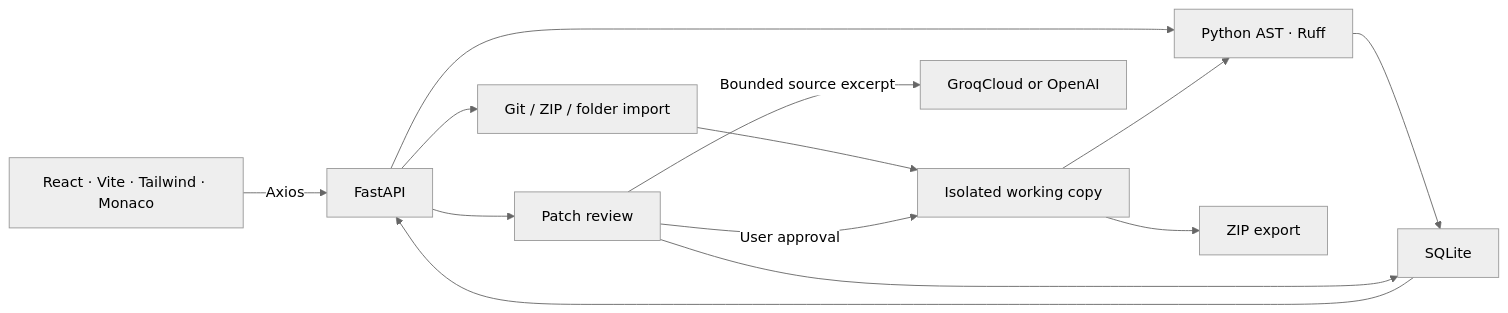
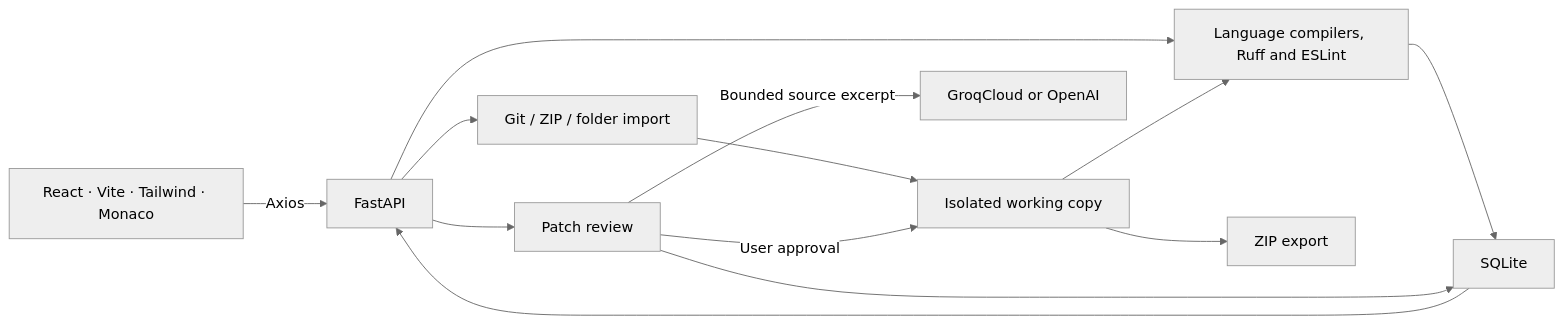
The first of 2 diagrams in README.md (kunal044/ai-software-agent), drawn with Mermaid (neutral theme) before and after one commit. The commit also changed other lines of this file and 19 other files, not shown here.

```diff
--- a/README.md
+++ b/README.md
@@ -19,15 +19,15 @@
 ~~~mermaid
 flowchart LR
     UI["React · Vite · Tailwind · Monaco"] -->|Axios| API["FastAPI"]
     API --> Import["Git / ZIP / folder import"]
     Import --> Work["Isolated working copy"]
-    API --> Static["Python AST · Ruff"]
+    API --> Static["Language compilers, Ruff and ESLint"]
     Work --> Static
     API --> Review["Patch review"]
     Review -->|"Bounded source excerpt"| Provider["GroqCloud or OpenAI"]
     Review -->|"User approval"| Work
     Work --> Export["ZIP export"]
     Static --> DB["SQLite"]
     Review --> DB
     DB --> API
 ~~~
```
